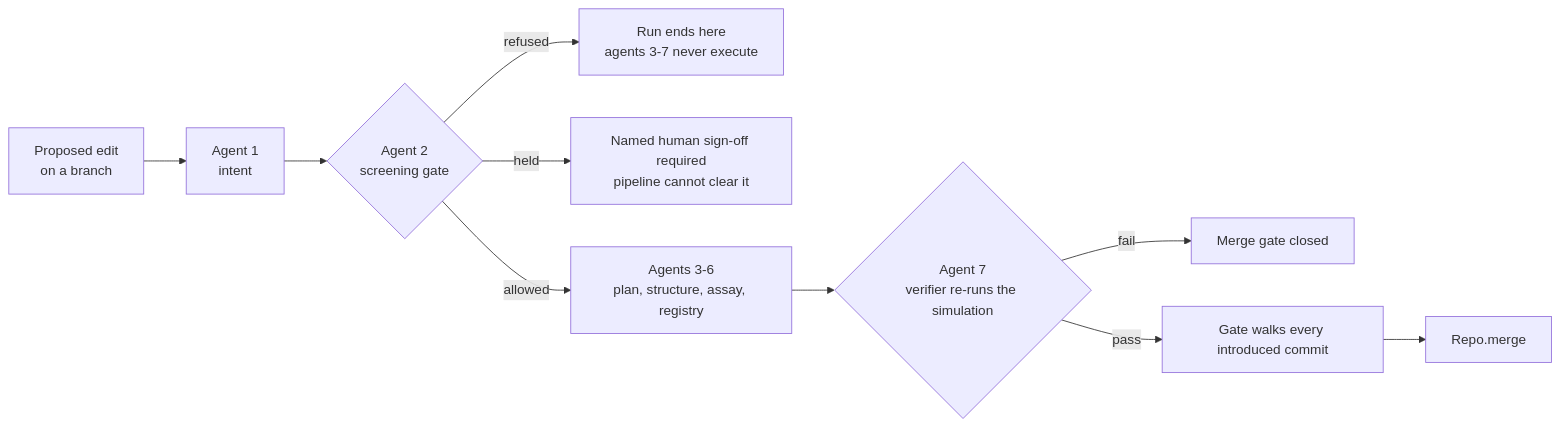
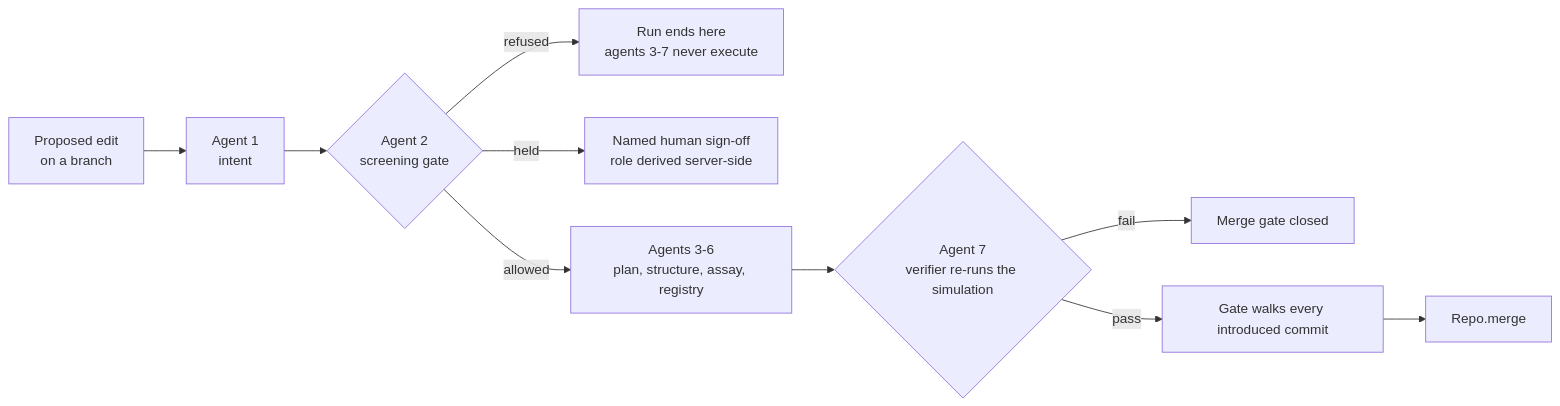
One commit to itsfaraazak/UCLAgentverse26 changed the diagram in docs/PITCH.md. Above: the diagram before and after it, drawn with Mermaid. The commit also changed other lines of this file and 1 other file, not shown here.

````diff
--- a/docs/PITCH.md
+++ b/docs/PITCH.md
@@ -96,12 +114,12 @@
 ```mermaid
 flowchart LR
   A["Proposed edit<br/>on a branch"] --> B["Agent 1<br/>intent"]
   B --> C{"Agent 2<br/>screening gate"}
   C -->|"refused"| D["Run ends here<br/>agents 3-7 never execute"]
-  C -->|"held"| E["Named human sign-off required<br/>pipeline cannot clear it"]
+  C -->|"held"| E["Named human sign-off<br/>role derived server-side"]
   C -->|"allowed"| F["Agents 3-6<br/>plan, structure, assay, registry"]
   F --> G{"Agent 7<br/>verifier re-runs the simulation"}
   G -->|"fail"| H["Merge gate closed"]
   G -->|"pass"| I["Gate walks every introduced commit"]
   I --> J["Repo.merge"]
 ```
````
